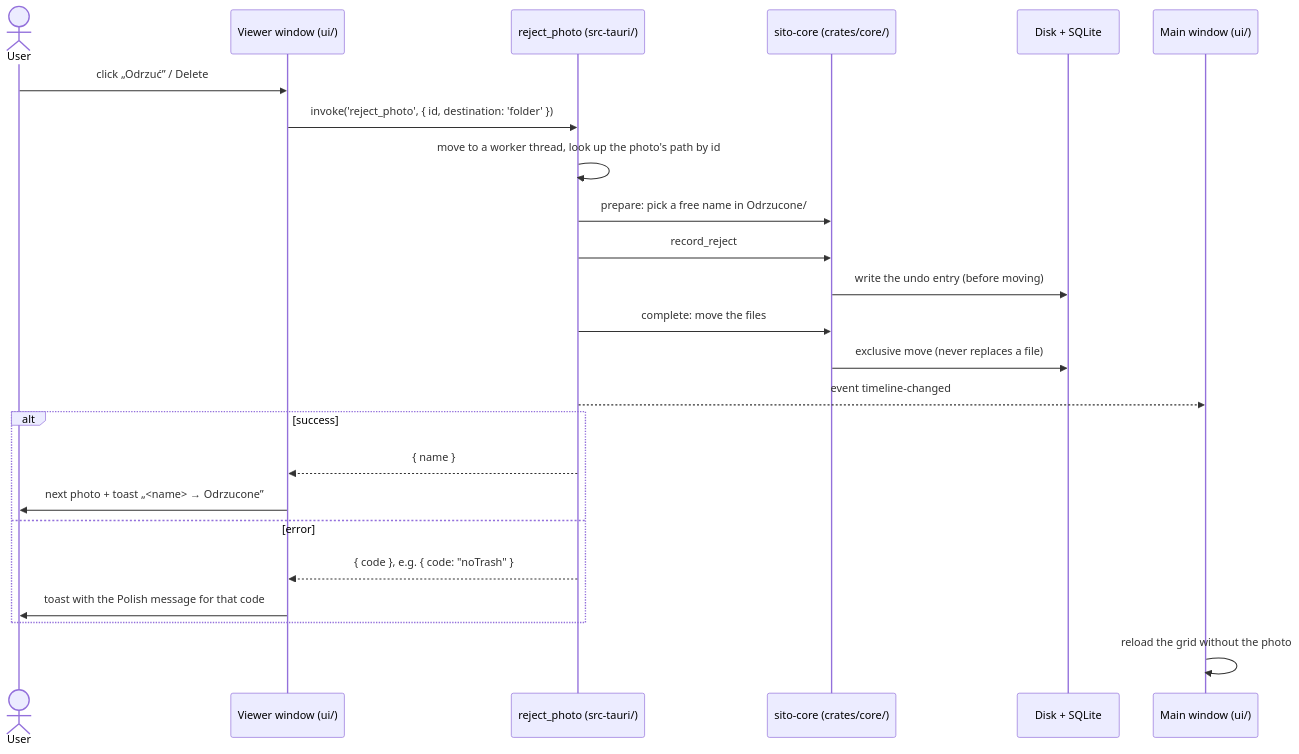
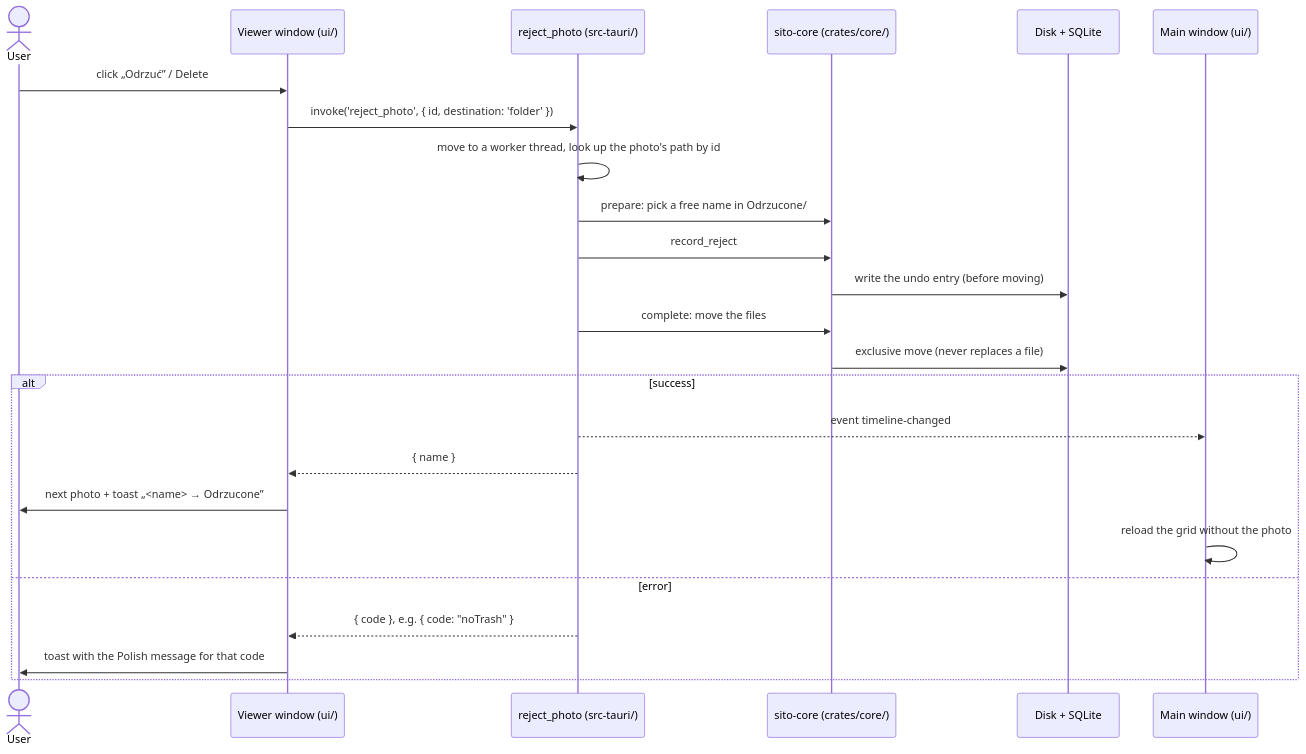
Before and after one commit to lukaszkalnik/sito: the second of 2 diagrams in docs/ARCHITECTURE.md, drawn with Mermaid.

Commit message:
docs: the timeline-changed event belongs to the success branch

````diff
--- a/docs/ARCHITECTURE.md
+++ b/docs/ARCHITECTURE.md
@@ -83,27 +83,27 @@
 ```mermaid
 sequenceDiagram
     actor User
     participant UI as Viewer window (ui/)
     participant Cmd as reject_photo (src-tauri/)
     participant Core as sito-core (crates/core/)
     participant Disk as Disk + SQLite
     participant Main as Main window (ui/)
 
     User->>UI: click „Odrzuć” / Delete
     UI->>Cmd: invoke('reject_photo', { id, destination: 'folder' })
     Cmd->>Cmd: move to a worker thread, look up the photo's path by id
     Cmd->>Core: prepare: pick a free name in Odrzucone/
     Cmd->>Core: record_reject
     Core->>Disk: write the undo entry (before moving)
     Cmd->>Core: complete: move the files
     Core->>Disk: exclusive move (never replaces a file)
-    Cmd-->>Main: event timeline-changed
     alt success
+        Cmd-->>Main: event timeline-changed
         Cmd-->>UI: { name }
         UI->>User: next photo + toast „<name> → Odrzucone”
+        Main->>Main: reload the grid without the photo
     else error
         Cmd-->>UI: { code }, e.g. { code: "noTrash" }
         UI->>User: toast with the Polish message for that code
     end
-    Main->>Main: reload the grid without the photo
 ```
````
